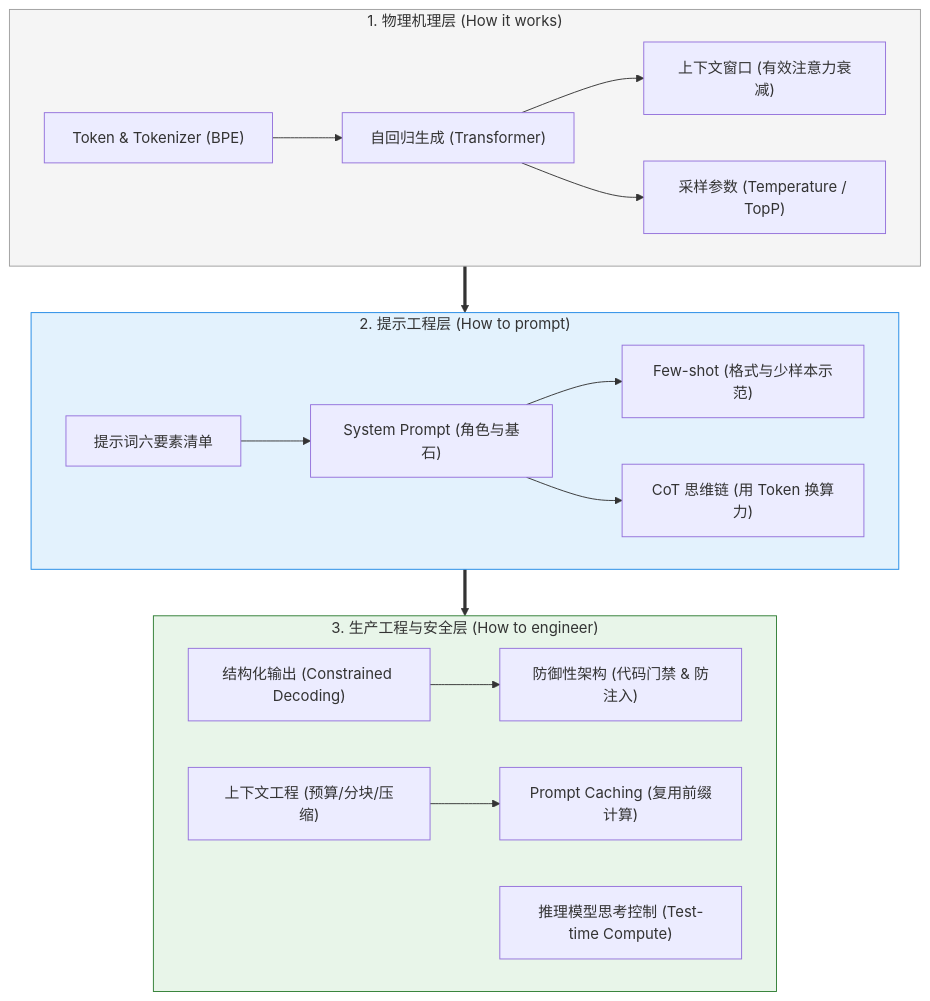
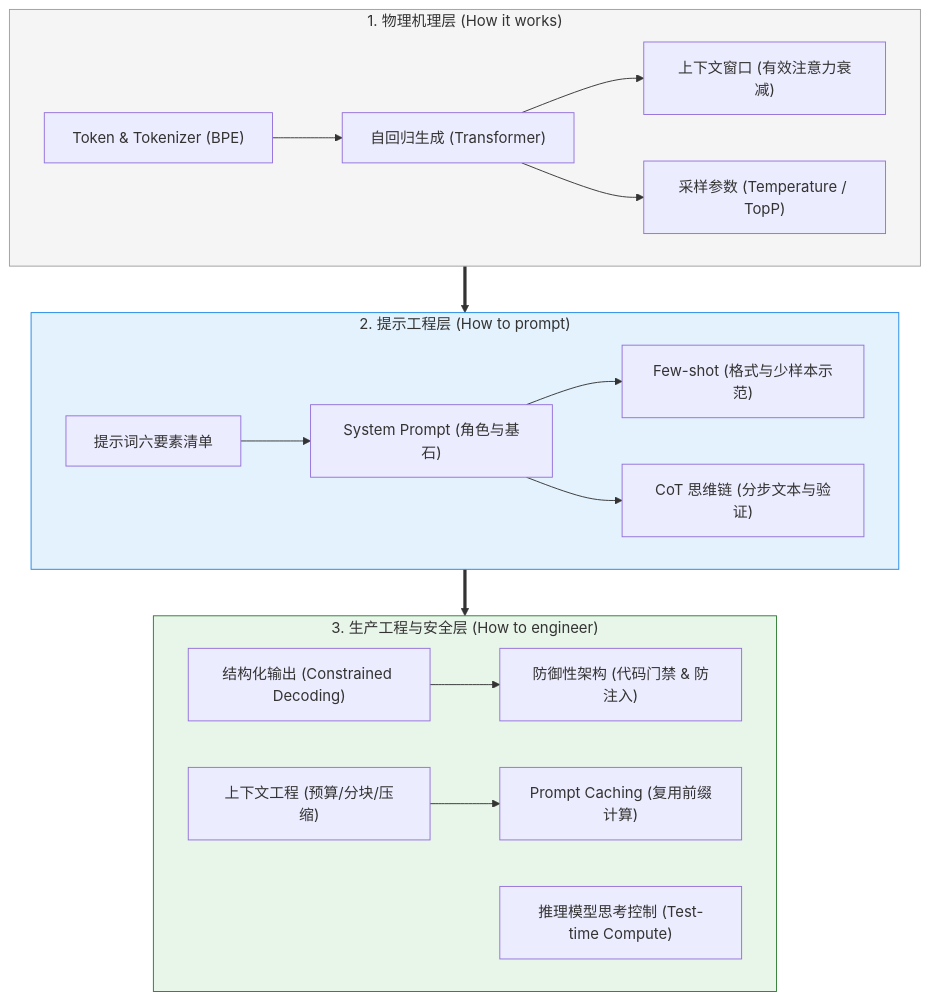
One commit to GuoWWWX/knowledge-base changed the diagram in 10-AI应用开发/01-LLM基础与Prompt/99-本章总结与复习.md. Above: the diagram before and after it, drawn with Mermaid. The commit also changed other lines of this file and 368 other files, not shown here.

````diff
--- a/10-AI应用开发/01-LLM基础与Prompt/99-本章总结与复习.md
+++ b/10-AI应用开发/01-LLM基础与Prompt/99-本章总结与复习.md
@@ -25,27 +25,27 @@
 ```mermaid
 graph TD
     subgraph S1["1. 物理机理层 (How it works)"]
         T["Token & Tokenizer (BPE)"] --> LLM["自回归生成 (Transformer)"]
         LLM --> CW["上下文窗口 (有效注意力衰减)"]
         LLM --> SM["采样参数 (Temperature / TopP)"]
     end
 
     subgraph S2["2. 提示工程层 (How to prompt)"]
         PE["提示词六要素清单"] --> SP["System Prompt (角色与基石)"]
         SP --> FS["Few-shot (格式与少样本示范)"]
-        SP --> CoT["CoT 思维链 (用 Token 换算力)"]
+        SP --> CoT["CoT 思维链 (分步文本与验证)"]
     end
 
     subgraph S3["3. 生产工程与安全层 (How to engineer)"]
         SO["结构化输出 (Constrained Decoding)"] --> DEF["防御性架构 (代码门禁 & 防注入)"]
         CTX["上下文工程 (预算/分块/压缩)"] --> CACHE["Prompt Caching (复用前缀计算)"]
         REAS["推理模型思考控制 (Test-time Compute)"]
     end
 
     S1 ==> S2
     S2 ==> S3
 
     style S1 fill:#f5f5f5,stroke:#9e9e9e,stroke-width:1px
     style S2 fill:#e3f2fd,stroke:#1e88e5,stroke-width:1px
     style S3 fill:#e8f5e9,stroke:#2e7d32,stroke-width:1px
 ```
````
